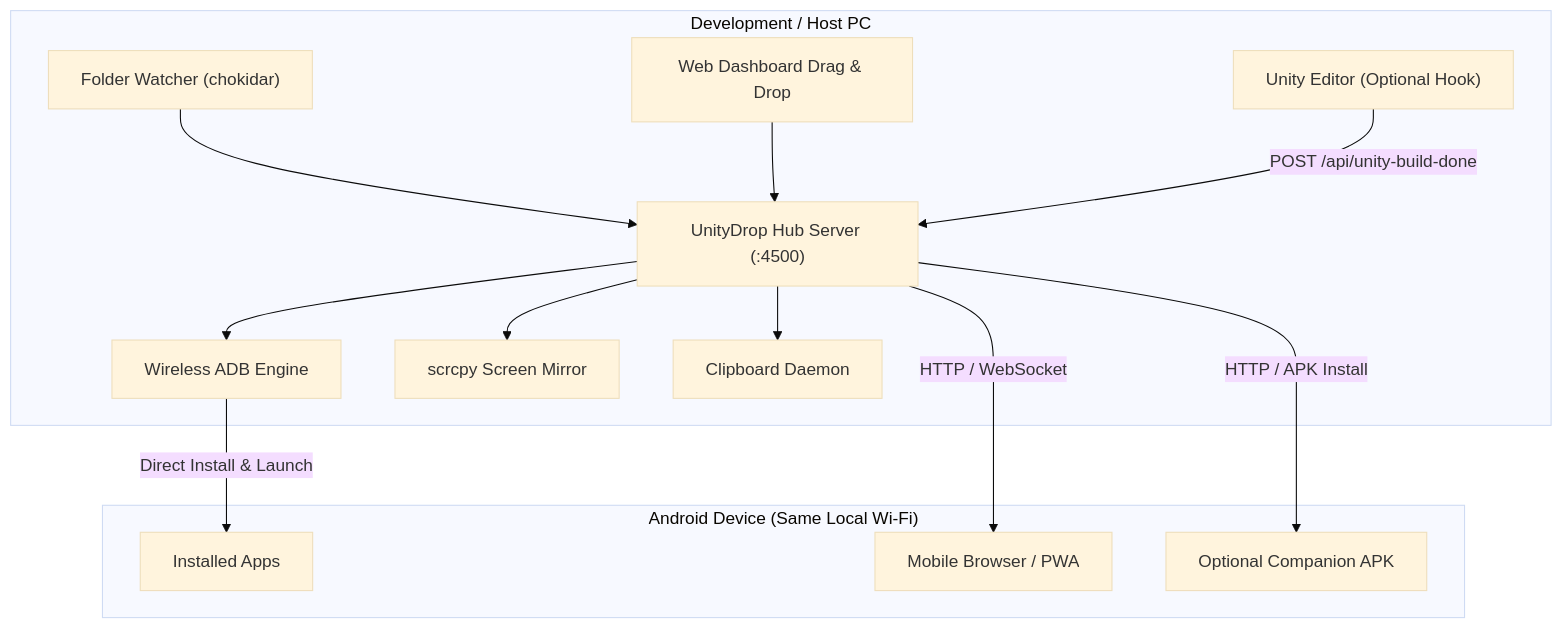
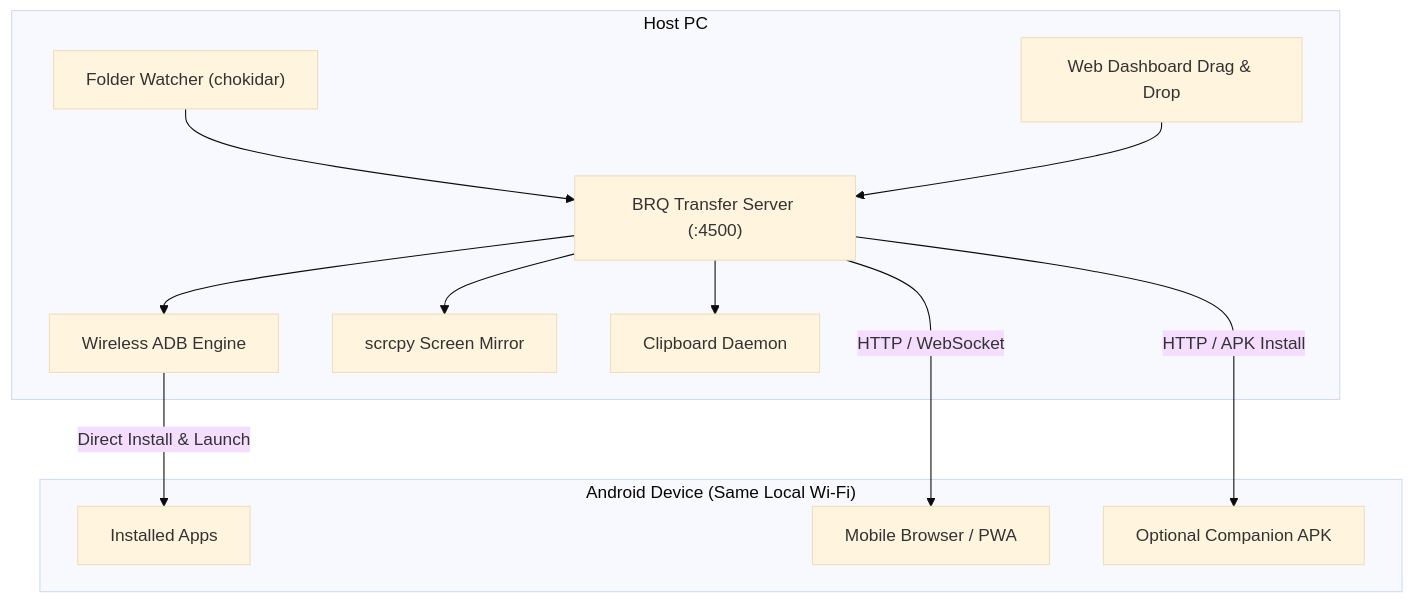
Before and after one commit to b3rq/BRQ-Transfer: the diagram in README.md, drawn with Mermaid (base theme). The commit also changed other lines of this file and 3 other files, not shown here.

````diff
--- a/README.md
+++ b/README.md
@@ -116,18 +126,17 @@
 ```mermaid
 flowchart TD
-    subgraph PC["Development / Host PC"]
-        Server["UnityDrop Hub Server (:4500)"]
+    subgraph PC["Host PC"]
+        Server["BRQ Transfer Server (:4500)"]
         Watcher["Folder Watcher (chokidar)"] --> Server
         Manual["Web Dashboard Drag & Drop"] --> Server
-        Unity["Unity Editor (Optional Hook)"] -->|POST /api/unity-build-done| Server
         Server --> ADB["Wireless ADB Engine"]
         Server --> Scrcpy["scrcpy Screen Mirror"]
         Server --> Clip["Clipboard Daemon"]
     end
 
     subgraph Mobile["Android Device (Same Local Wi-Fi)"]
-        ADB -->|Direct Install & Launch| Game["Installed Apps"]
+        ADB -->|Direct Install & Launch| Apps["Installed Apps"]
         Server -->|HTTP / WebSocket| MobileWeb["Mobile Browser / PWA"]
         Server -->|HTTP / APK Install| Companion["Optional Companion APK"]
     end
 ```
````
